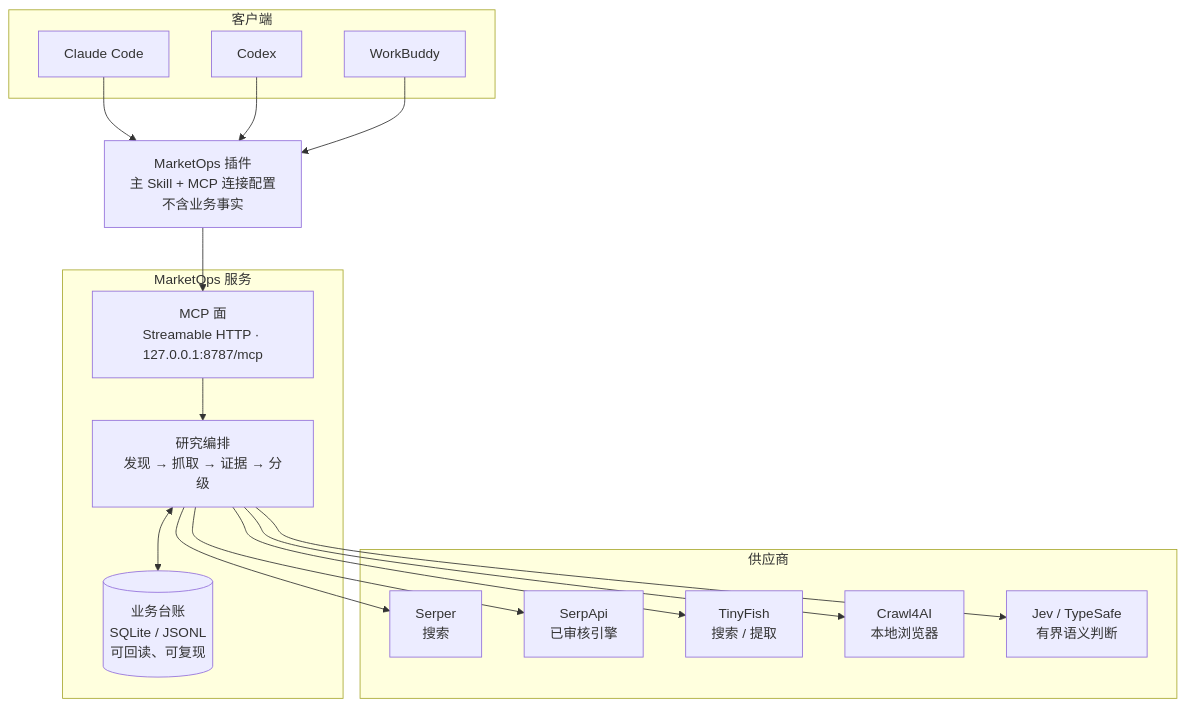
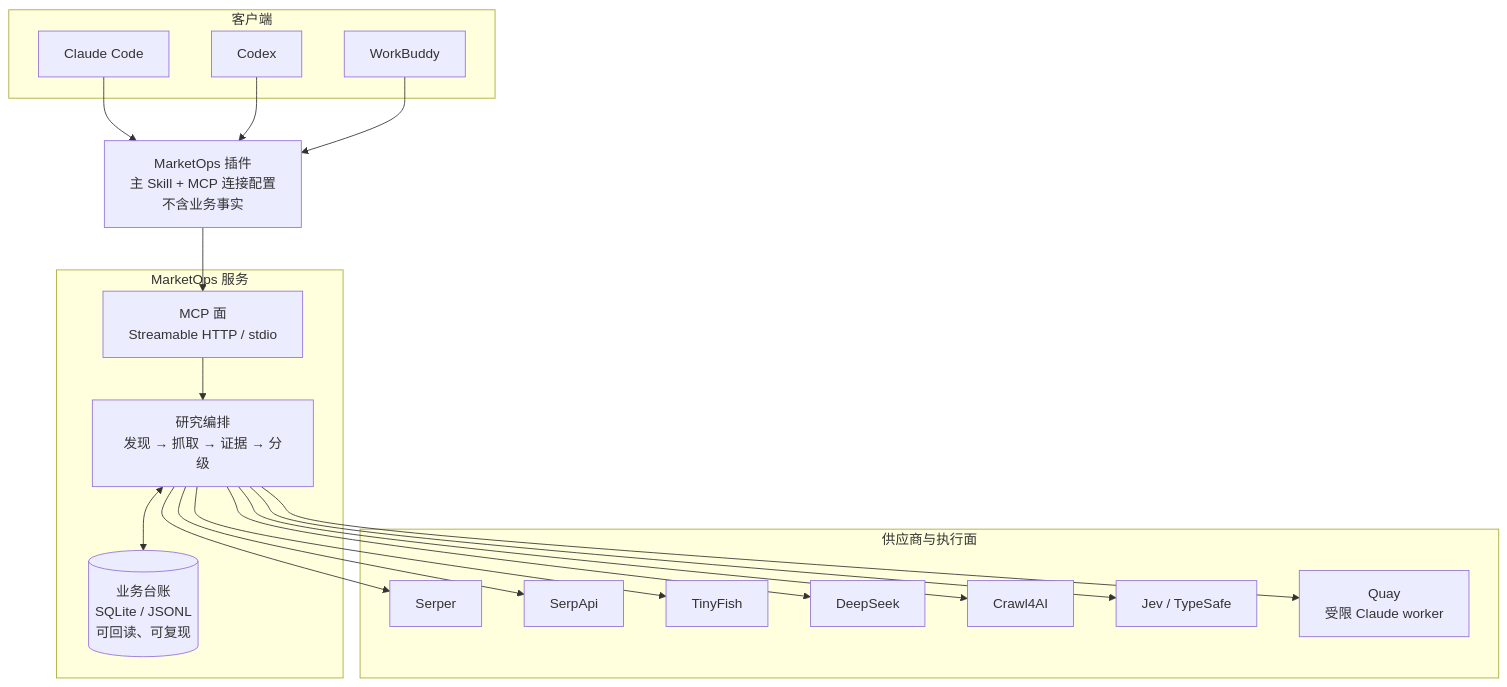
One commit to ProfessorZhi/marketops changed the first of 2 diagrams in README.md. Above: the diagram before and after it, drawn with Mermaid. The commit also changed other lines of this file and 4 other files, not shown here.

````diff
--- a/README.md
+++ b/README.md
@@ -30,36 +68,40 @@
 ```mermaid
 flowchart TB
     subgraph CLIENT["客户端"]
         CC["Claude Code"]
         CX["Codex"]
         WB["WorkBuddy"]
     end
 
     PLUGIN["MarketOps 插件<br/>主 Skill + MCP 连接配置<br/>不含业务事实"]
 
     subgraph SVC["MarketOps 服务"]
-        MCP["MCP 面<br/>Streamable HTTP · 127.0.0.1:8787/mcp"]
+        MCP["MCP 面<br/>Streamable HTTP / stdio"]
         ENG["研究编排<br/>发现 → 抓取 → 证据 → 分级"]
         LEDGER[("业务台账<br/>SQLite / JSONL<br/>可回读、可复现")]
         MCP --> ENG
         ENG <--> LEDGER
     end
 
-    subgraph PROV["供应商"]
-        SR["Serper<br/>搜索"]
-        SA["SerpApi<br/>已审核引擎"]
-        TF["TinyFish<br/>搜索 / 提取"]
-        CR["Crawl4AI<br/>本地浏览器"]
-        JV["Jev / TypeSafe<br/>有界语义判断"]
+    subgraph PROV["供应商与执行面"]
+        SR["Serper"]
+        SA["SerpApi"]
+        TF["TinyFish"]
+        DS["DeepSeek"]
+        CR["Crawl4AI"]
+        JV["Jev / TypeSafe"]
+        QY["Quay<br/>受限 Claude worker"]
     end
 
     CC --> PLUGIN
     CX --> PLUGIN
     WB --> PLUGIN
     PLUGIN --> MCP
     ENG --> SR
     ENG --> SA
     ENG --> TF
+    ENG --> DS
     ENG --> CR
     ENG --> JV
+    ENG --> QY
 ```
````
